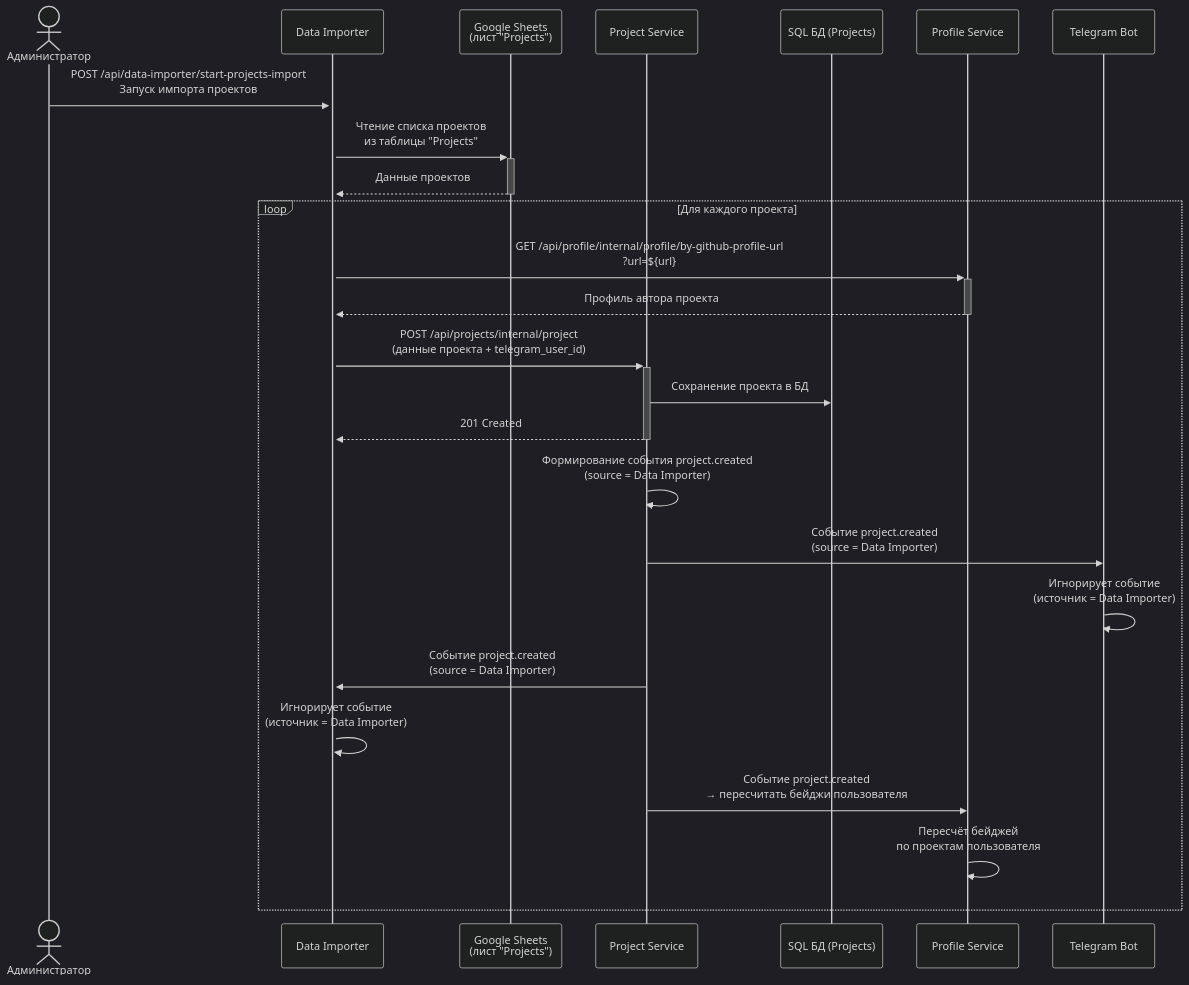
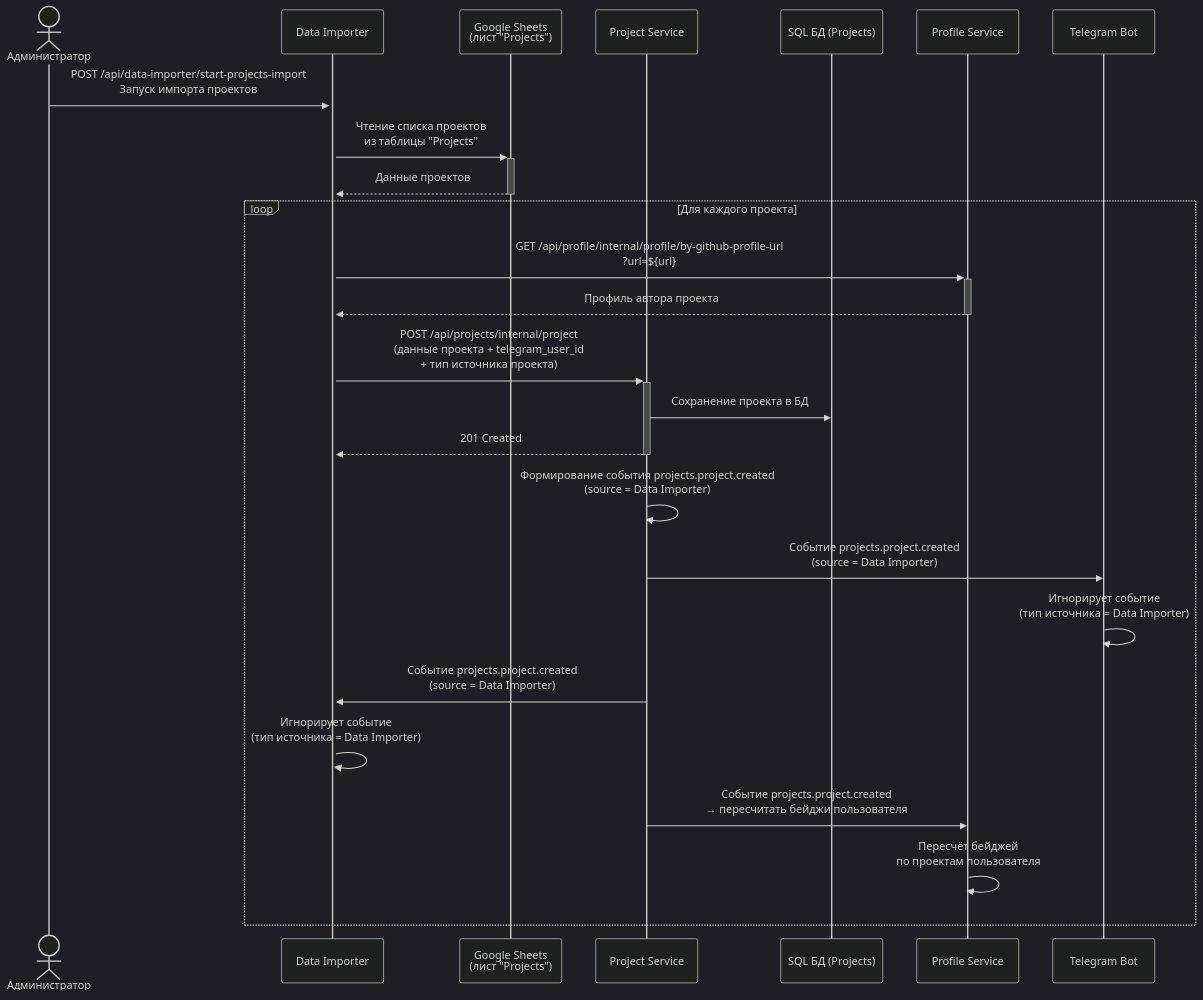
Before and after one commit to it-mentor-community-platform/meta: the third of 3 diagrams in system-analytics/functionality/projects-bookkeeping.md, drawn with Mermaid (dark theme). The commit also changed other lines of this file, not shown here.

Commit message:
system analytics: project bookeeping - more details on project source

````diff
--- a/system-analytics/functionality/projects-bookkeeping.md
+++ b/system-analytics/functionality/projects-bookkeeping.md
@@ -104,36 +104,36 @@
 ```mermaid
 sequenceDiagram
     actor Admin as Администратор
     participant DataImporter as Data Importer
     participant GoogleSheet as Google Sheets<br/>(лист "Projects")
     participant ProjectService as Project Service
     participant SQLDB as SQL БД (Projects)
     participant ProfileService as Profile Service
     participant TelegramBot as Telegram Bot
 
     Admin ->>+ DataImporter: POST /api/data-importer/start-projects-import<br/>Запуск импорта проектов
 
     DataImporter ->>+ GoogleSheet: Чтение списка проектов<br/>из таблицы "Projects"
     GoogleSheet -->>- DataImporter: Данные проектов
 
     loop Для каждого проекта
         DataImporter ->>+ ProfileService: GET /api/profile/internal/profile/by-github-profile-url<br/>?url=${url}
         ProfileService -->>- DataImporter: Профиль автора проекта
 
-        DataImporter ->>+ ProjectService: POST /api/projects/internal/project<br/>(данные проекта + telegram_user_id)
+        DataImporter ->>+ ProjectService: POST /api/projects/internal/project<br/>(данные проекта + telegram_user_id<br/>+ тип источника проекта)
 
         ProjectService ->> SQLDB: Сохранение проекта в БД
         ProjectService -->>- DataImporter: 201 Created
 
-        ProjectService ->> ProjectService: Формирование события project.created<br/>(source = Data Importer)
+        ProjectService ->> ProjectService: Формирование события projects.project.created<br/>(source = Data Importer)
 
-        ProjectService ->> TelegramBot: Событие project.created<br/>(source = Data Importer)
-        TelegramBot ->> TelegramBot: Игнорирует событие<br/>(источник = Data Importer)
+        ProjectService ->> TelegramBot: Событие projects.project.created<br/>(source = Data Importer)
+        TelegramBot ->> TelegramBot: Игнорирует событие<br/>(тип источника = Data Importer)
 
-        ProjectService ->> DataImporter: Событие project.created<br/>(source = Data Importer)
-        DataImporter ->> DataImporter: Игнорирует событие<br/>(источник = Data Importer)
+        ProjectService ->> DataImporter: Событие projects.project.created<br/>(source = Data Importer)
+        DataImporter ->> DataImporter: Игнорирует событие<br/>(тип источника = Data Importer)
 
-        ProjectService ->> ProfileService: Событие project.created<br/>→ пересчитать бейджи пользователя
+        ProjectService ->> ProfileService: Событие projects.project.created<br/>→ пересчитать бейджи пользователя
         ProfileService ->> ProfileService: Пересчёт бейджей<br/>по проектам пользователя
     end
 ```
````
